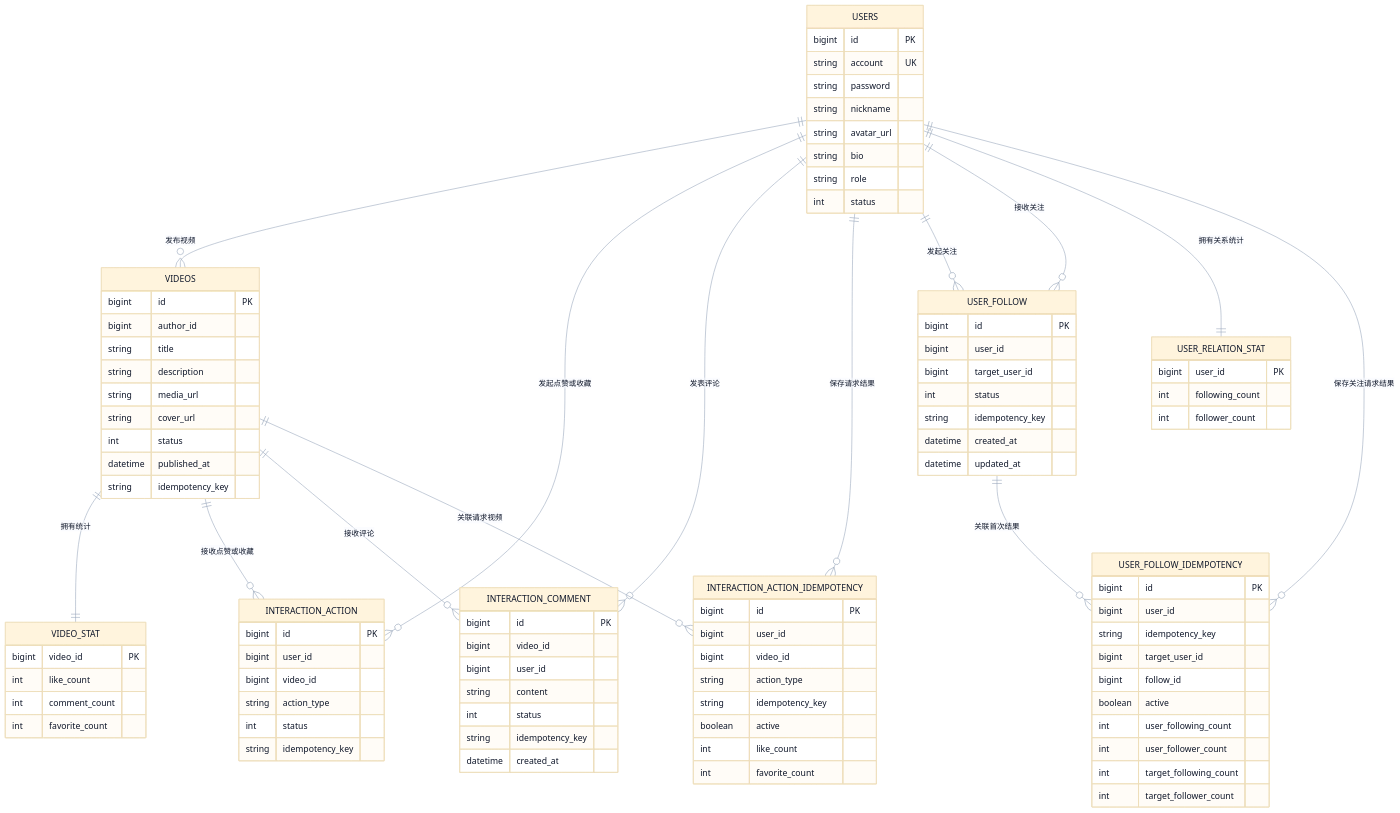
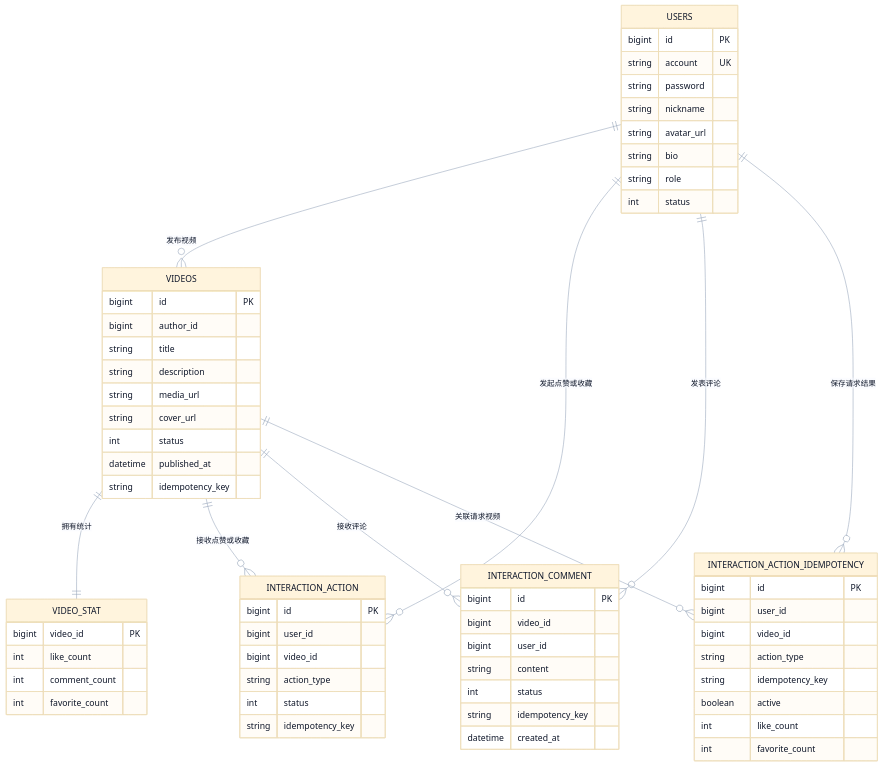
The fourth of 5 diagrams in docs/architecture.md (Inumoroha/VideoFeed), drawn with Mermaid before and after one commit. The commit also changed other lines of this file and 4 other files, not shown here.

````diff
--- a/docs/architecture.md
+++ b/docs/architecture.md
@@ -224,11 +223,6 @@
   VIDEOS ||--o{ INTERACTION_COMMENT : "接收评论"
   USERS ||--o{ INTERACTION_ACTION_IDEMPOTENCY : "保存请求结果"
   VIDEOS ||--o{ INTERACTION_ACTION_IDEMPOTENCY : "关联请求视频"
-  USERS ||--o{ USER_FOLLOW : "发起关注"
-  USERS ||--o{ USER_FOLLOW : "接收关注"
-  USERS ||--|| USER_RELATION_STAT : "拥有关系统计"
-  USERS ||--o{ USER_FOLLOW_IDEMPOTENCY : "保存关注请求结果"
-  USER_FOLLOW ||--o{ USER_FOLLOW_IDEMPOTENCY : "关联首次结果"
 
   USERS {
     bigint id PK
@@ -289,33 +283,4 @@
     string idempotency_key
     datetime created_at
   }
-
-  USER_FOLLOW {
-    bigint id PK
-    bigint user_id
-    bigint target_user_id
-    int status
-    string idempotency_key
-    datetime created_at
-    datetime updated_at
-  }
-
-  USER_RELATION_STAT {
-    bigint user_id PK
-    int following_count
-    int follower_count
-  }
-
-  USER_FOLLOW_IDEMPOTENCY {
-    bigint id PK
-    bigint user_id
-    string idempotency_key
-    bigint target_user_id
-    bigint follow_id
-    boolean active
-    int user_following_count
-    int user_follower_count
-    int target_following_count
-    int target_follower_count
-  }
 ```
````
